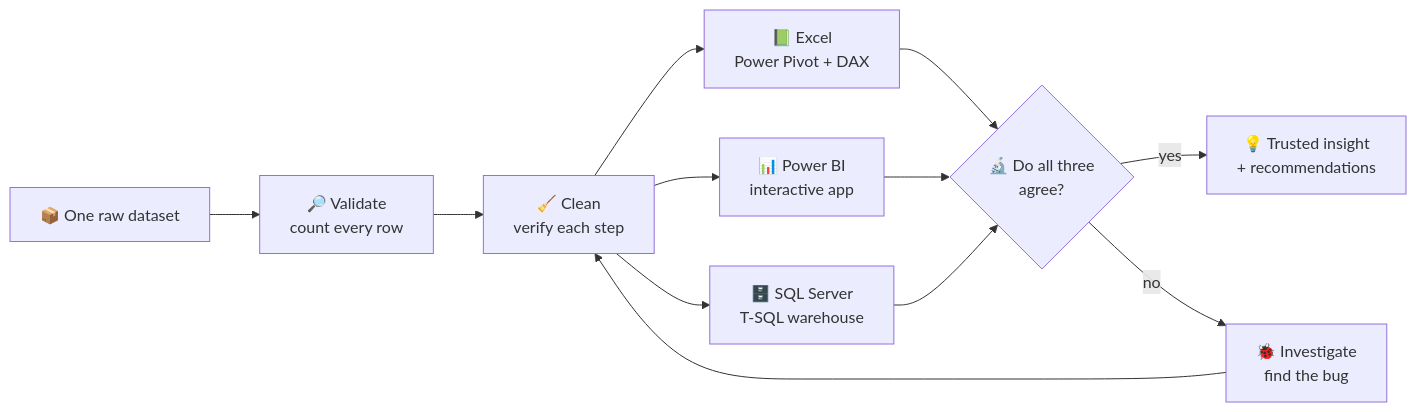
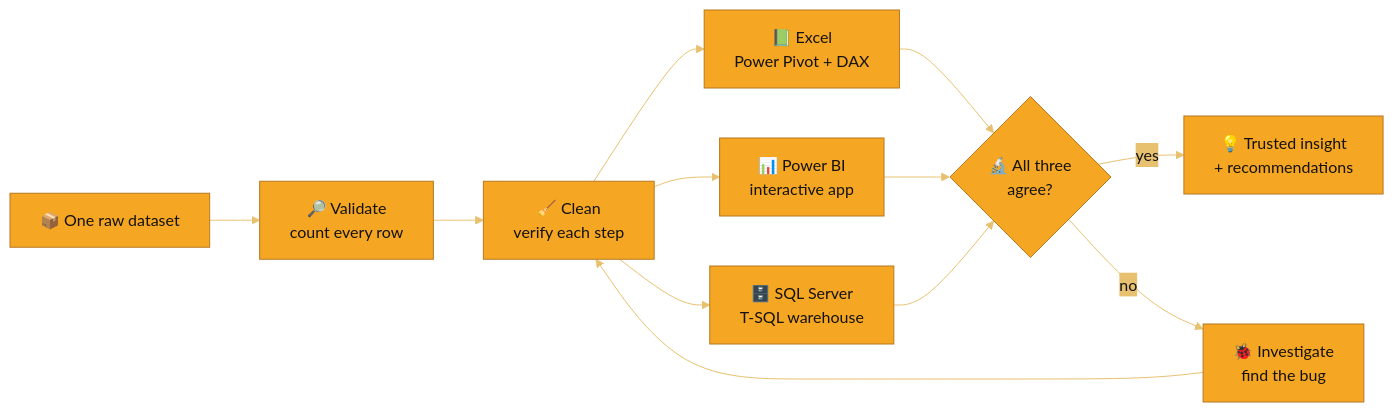
Before and after one commit to shivanand-Mathapati-Analyst/Shivanand-Mathapati-Analyst: the diagram in README.md, drawn with Mermaid. The commit also changed other lines of this file, not shown here.

````diff
--- a/README.md
+++ b/README.md
@@ -103,14 +87,15 @@
 ```mermaid
+%%{init: {'theme':'base','themeVariables':{'primaryColor':'#F5A623','primaryTextColor':'#14120F','primaryBorderColor':'#B7791F','lineColor':'#E8C170','secondaryColor':'#E8C170','tertiaryColor':'#FDF3DC','fontFamily':'Segoe UI, Arial'}}}%%
 flowchart LR
     A[📦 One raw dataset] --> B[🔎 Validate<br/>count every row]
     B --> C[🧹 Clean<br/>verify each step]
     C --> D[📗 Excel<br/>Power Pivot + DAX]
     C --> E[📊 Power BI<br/>interactive app]
     C --> F[🗄️ SQL Server<br/>T-SQL warehouse]
-    D --> G{🔬 Do all three<br/>agree?}
+    D --> G{🔬 All three<br/>agree?}
     E --> G
     F --> G
     G -->|yes| H[💡 Trusted insight<br/>+ recommendations]
     G -->|no| I[🐞 Investigate<br/>find the bug]
     I --> C
 ```
````
